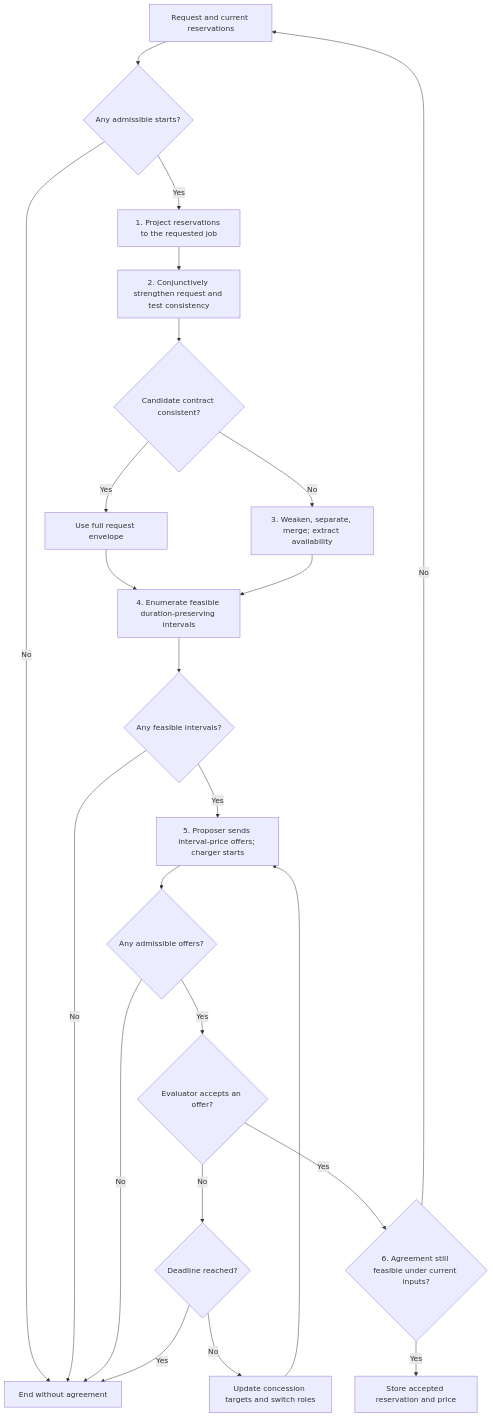
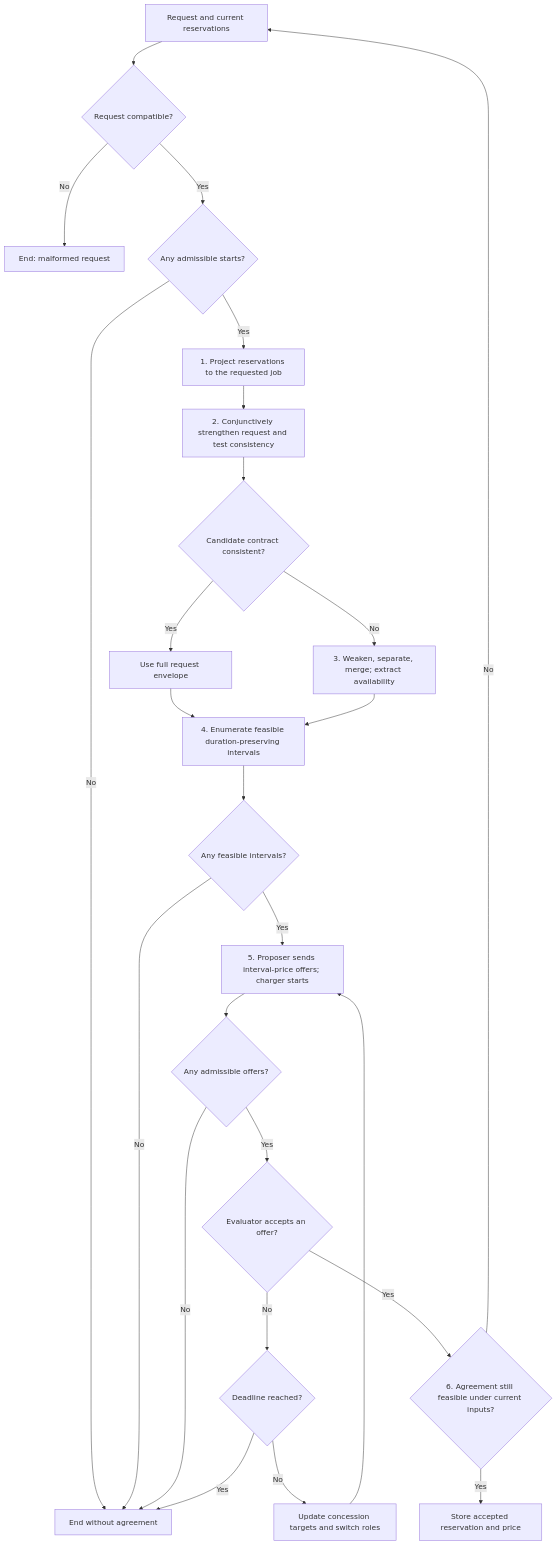
One commit to kaarmu/ecc27-bla changed the first of 2 diagrams in docs/PROTOCOL.md. Above: the diagram before and after it, drawn with Mermaid. The commit also changed other lines of this file and 3 other files, not shown here.

````diff
--- a/docs/PROTOCOL.md
+++ b/docs/PROTOCOL.md
@@ -26,25 +26,27 @@
 ```mermaid
 flowchart TD
-    Input["Request and current reservations"] --> Starts{"Any admissible starts?"}
+    Input["Request and current reservations"] --> Intake{"Request compatible?"}
+    Intake -- No --> Malformed["End: malformed request"]
+    Intake -- Yes --> Starts{"Any admissible starts?"}
     Starts -- No --> Stop["End without agreement"]
     Starts -- Yes --> Project["1. Project reservations to the requested job"]
     Project --> Strengthen["2. Conjunctively strengthen request and test consistency"]
     Strengthen --> Consistent{"Candidate contract consistent?"}
     Consistent -- Yes --> Full["Use full request envelope"]
     Consistent -- No --> Repair["3. Weaken, separate, merge; extract availability"]
     Full --> Concrete["4. Enumerate feasible duration-preserving intervals"]
     Repair --> Concrete
     Concrete --> Feasible{"Any feasible intervals?"}
     Feasible -- No --> Stop
     Feasible -- Yes --> Bargain["5. Proposer sends interval-price offers; charger starts"]
     Bargain --> Offers{"Any admissible offers?"}
     Offers -- No --> Stop
     Offers -- Yes --> Accept{"Evaluator accepts an offer?"}
     Accept -- No --> Deadline{"Deadline reached?"}
     Deadline -- Yes --> Stop
     Deadline -- No --> Switch["Update concession targets and switch roles"]
     Switch --> Bargain
     Accept -- Yes --> Valid{"6. Agreement still feasible under current inputs?"}
     Valid -- No --> Input
     Valid -- Yes --> Commit["Store accepted reservation and price"]
 ```
````
